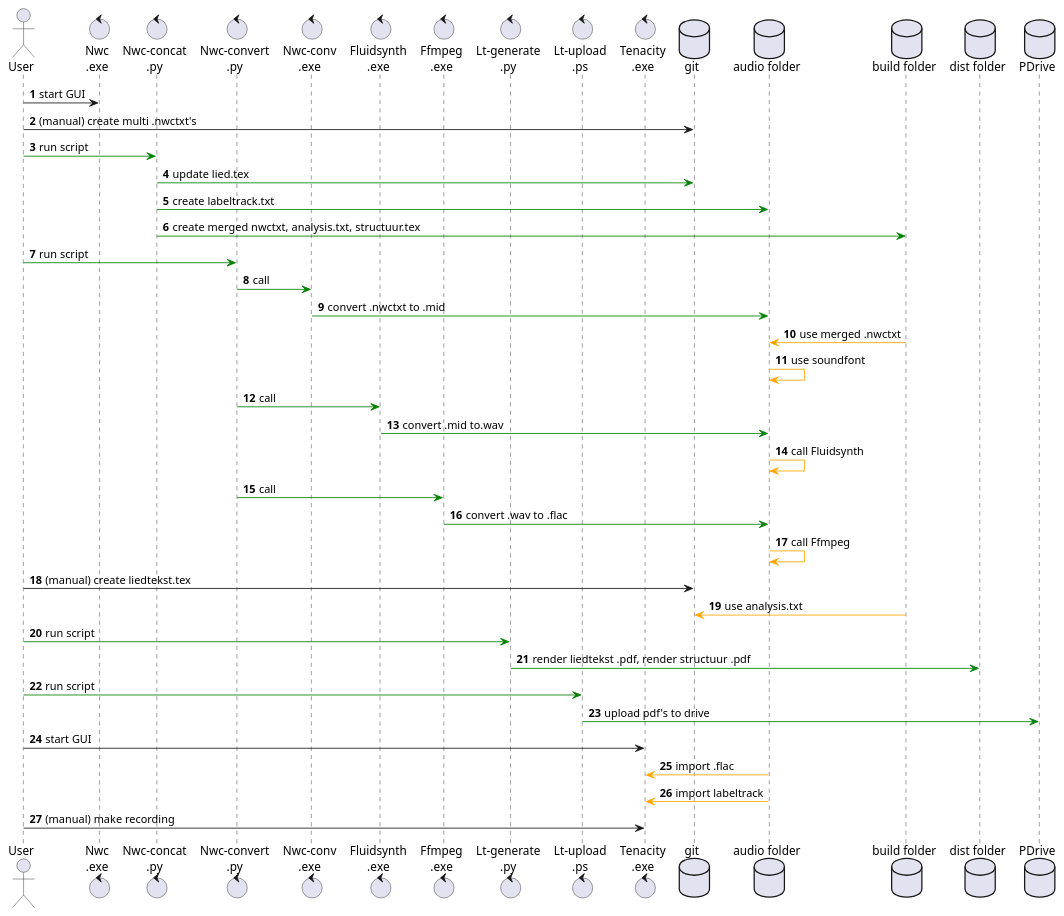
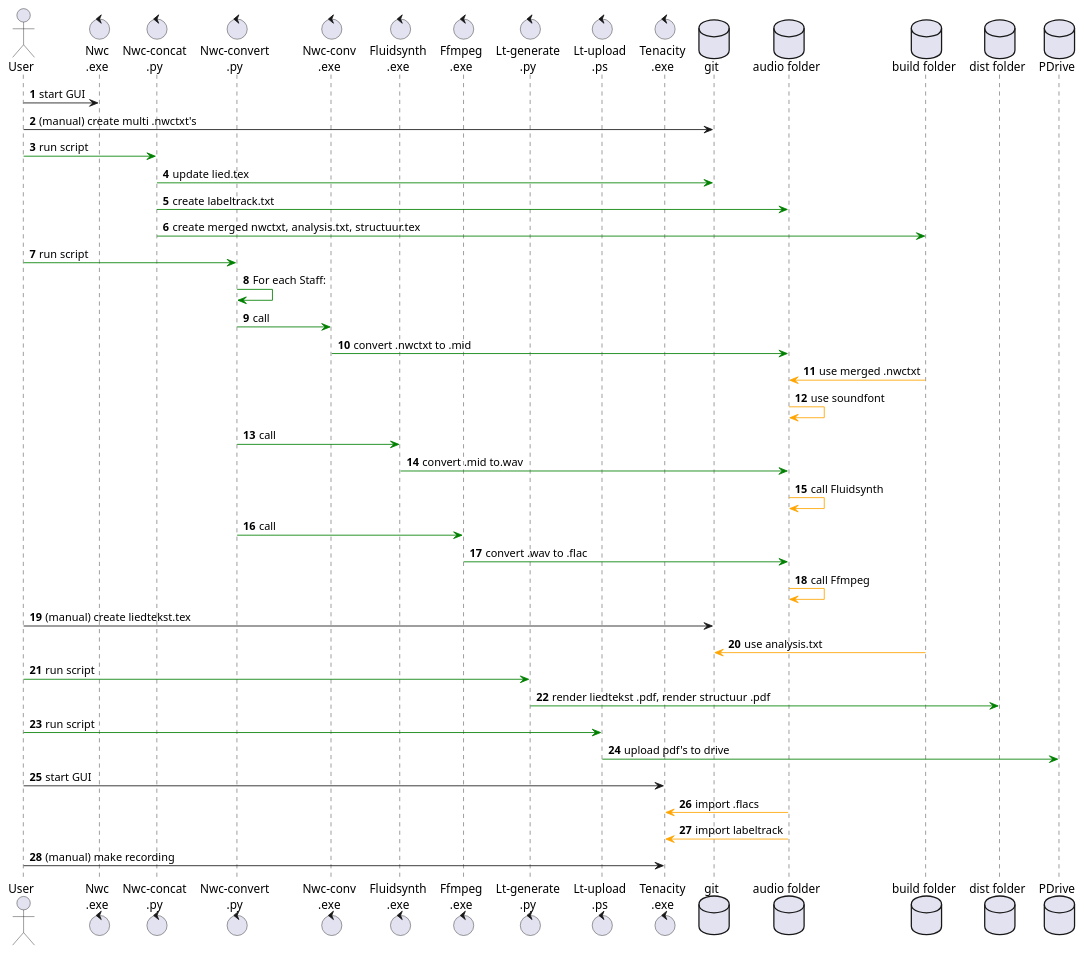
One commit to real70discohits/liedteksten-code changed the diagram in project/muziekproductie-workflow.pu. Above: the diagram before and after it, drawn with PlantUML. The commit also changed 1 other file, not shown here.

```diff
--- a/project/muziekproductie-workflow.pu
+++ b/project/muziekproductie-workflow.pu
@@ -1,57 +1,58 @@
 @startuml
 actor       User       as u1
 control     "Nwc\n.exe"     as nwc
 control     "Nwc-concat\n.py"      as nwconcpy
 control     "Nwc-convert\n.py"      as nwconvpy
 control     "Nwc-conv\n.exe"  as nwconvexe
 control     "Fluidsynth\n.exe"   as fluid
 control     "Ffmpeg\n.exe" as ffmpeg
 control     "Lt-generate\n.py" as ltgenerate
 control     "Lt-upload\n.ps"    as ltupload
 control     "Tenacity\n.exe"  as tenacity
 database    "git" as repos
 database    "audio folder" as audio
 database    "build folder" as build
 database    "dist folder" as dist
 database    PDrive as pdrive
 
 autonumber
 u1 -> nwc : start GUI
 u1 -> repos: (manual) create multi .nwctxt's
 u1 -[#green]> nwconcpy : run script
 
 ' concat
 nwconcpy -[#green]> repos: update lied.tex
 nwconcpy -[#green]> audio : create labeltrack.txt
 nwconcpy -[#green]> build: create merged nwctxt, analysis.txt, structuur.tex
 
 ' convert
 u1 -[#green]> nwconvpy : run script
+nwconvpy -[#green]> nwconvpy: For each Staff:
 nwconvpy -[#green]> nwconvexe : call
 nwconvexe -[#green]> audio: convert .nwctxt to .mid
 build -[#orange]> audio: use merged .nwctxt
 audio -[#orange]> audio: use soundfont
 nwconvpy -[#green]> fluid : call
 fluid -[#green]> audio : convert .mid to.wav
 audio -[#orange]> audio: call Fluidsynth
 nwconvpy -[#green]> ffmpeg : call
 ffmpeg -[#green]> audio : convert .wav to .flac
 audio -[#orange]> audio: call Ffmpeg
 
 ' lyrics
 u1 -> repos: (manual) create liedtekst.tex
 build -[#orange]> repos: use analysis.txt
 
 u1 -[#green]> ltgenerate : run script
 ltgenerate -[#green]> dist: render liedtekst .pdf, render structuur .pdf
 
 ' upload (in the near future, upload will be after record)
 u1 -[#green]> ltupload : run script
 ltupload -[#green]> pdrive : upload pdf's to drive
 
 ' record
 u1 -> tenacity : start GUI
-tenacity <[#orange]- audio : import .flac 
+tenacity <[#orange]- audio : import .flacs 
 tenacity <[#orange]- audio : import labeltrack
 u1 -> tenacity : (manual) make recording
 @enduml
```
